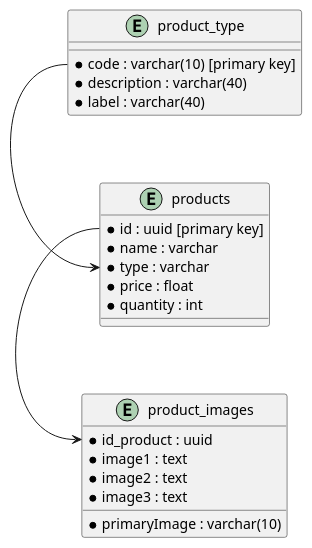
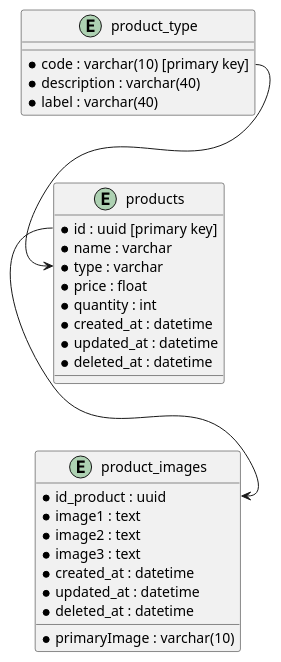
Before and after one commit to funukonta/management_toko: the diagram in erd/products.puml, drawn with PlantUML.

Commit message:
feat : add datetime best practice

```diff
--- a/erd/products.puml
+++ b/erd/products.puml
@@ -1,27 +1,33 @@
 @startuml "products"
 entity "products" as products {
     * id : uuid [primary key]
     * name : varchar 
     * type : varchar
     * price : float
     * quantity : int
+    * created_at : datetime
+    * updated_at : datetime
+    * deleted_at : datetime
 }
 
 entity "product_type" as product_type {
     * code : varchar(10) [primary key]
     * description : varchar(40)
     * label : varchar(40)
 }
 
 entity "product_images" as product_images {
     * id_product : uuid
     * primaryImage : varchar(10)
     * image1 : text
     * image2 : text
     * image3 : text
+    * created_at : datetime
+    * updated_at : datetime
+    * deleted_at : datetime
 }
 
 
 product_type::code --> products::type
 products::id --> product_images::id_product
 @enduml
```
